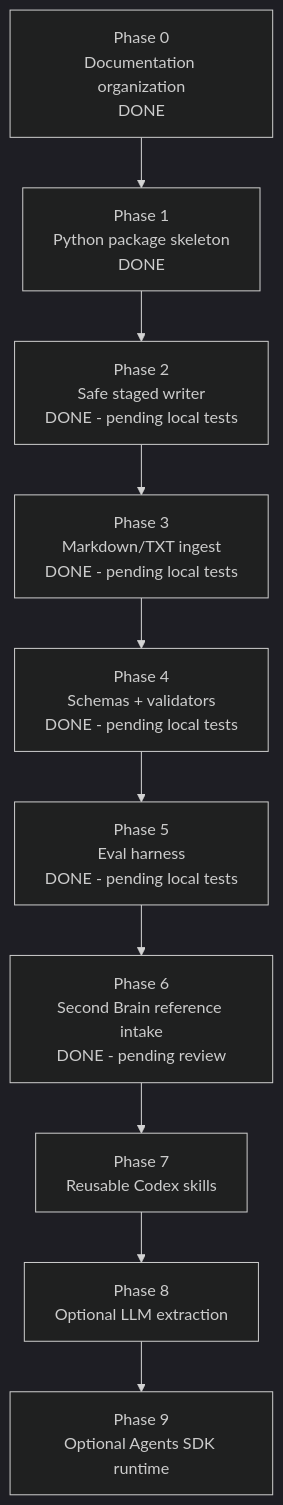
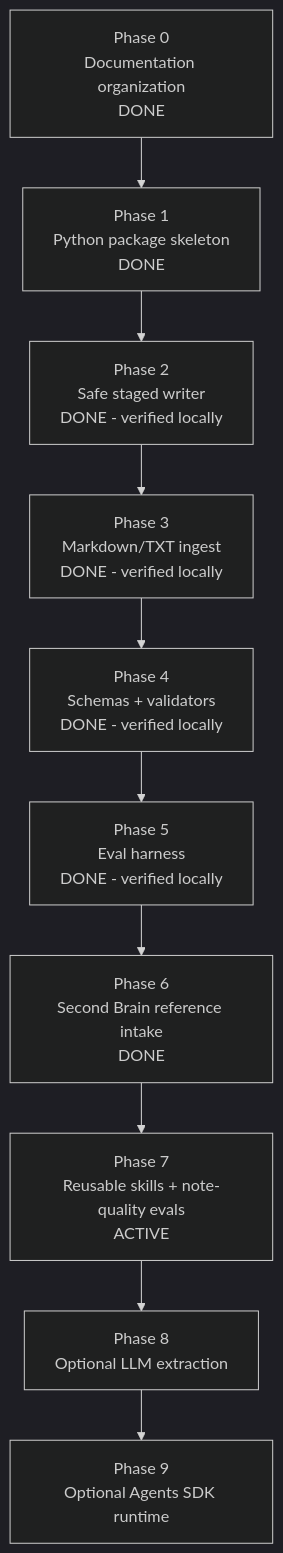
The diagram in docs/10_implementation_plan.md (Denys/obsidian-librarian-to-add), drawn with Mermaid (dark theme) before and after one commit. The commit also changed other lines of this file and 19 other files, not shown here.

First line of the commit message:
Add note-quality checks, evals, and skill docs

````diff
--- a/docs/10_implementation_plan.md
+++ b/docs/10_implementation_plan.md
@@ -5,15 +5,15 @@
 ```mermaid
 flowchart TD
     P0[Phase 0<br/>Documentation organization<br/>DONE]
     P1[Phase 1<br/>Python package skeleton<br/>DONE]
-    P2[Phase 2<br/>Safe staged writer<br/>DONE - pending local tests]
-    P3[Phase 3<br/>Markdown/TXT ingest<br/>DONE - pending local tests]
-    P4[Phase 4<br/>Schemas + validators<br/>DONE - pending local tests]
-    P5[Phase 5<br/>Eval harness<br/>DONE - pending local tests]
-    P6[Phase 6<br/>Second Brain reference intake<br/>DONE - pending review]
-    P7[Phase 7<br/>Reusable Codex skills]
+    P2[Phase 2<br/>Safe staged writer<br/>DONE - verified locally]
+    P3[Phase 3<br/>Markdown/TXT ingest<br/>DONE - verified locally]
+    P4[Phase 4<br/>Schemas + validators<br/>DONE - verified locally]
+    P5[Phase 5<br/>Eval harness<br/>DONE - verified locally]
+    P6[Phase 6<br/>Second Brain reference intake<br/>DONE]
+    P7[Phase 7<br/>Reusable skills + note-quality evals<br/>ACTIVE]
     P8[Phase 8<br/>Optional LLM extraction]
     P9[Phase 9<br/>Optional Agents SDK runtime]
 
     P0 --> P1 --> P2 --> P3 --> P4 --> P5 --> P6 --> P7 --> P8 --> P9
 ```
````
